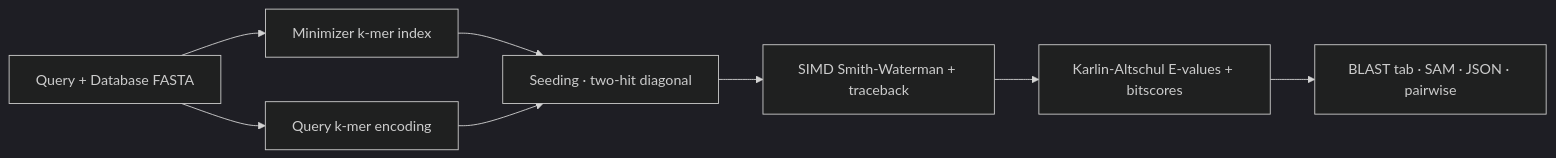
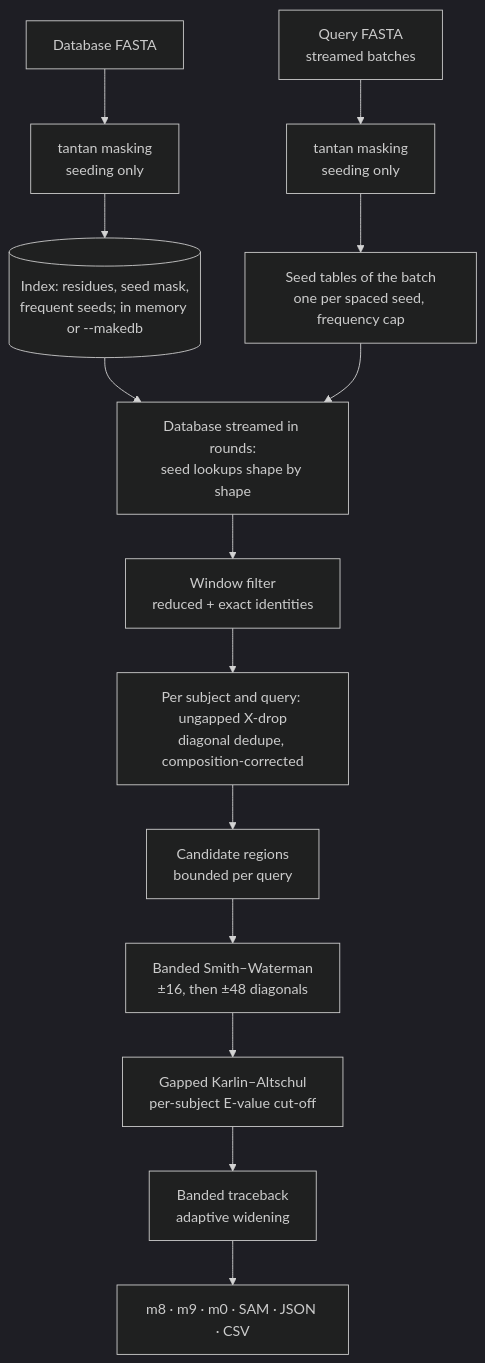
Before and after one commit to raw-lab/saber: the diagram in README.md, drawn with Mermaid (dark theme). The commit also changed other lines of this file and 577 other files, not shown here.

````diff
--- a/README.md
+++ b/README.md
@@ -112,10 +244,16 @@
 ```mermaid
-flowchart LR
-    A[Query + Database FASTA] --> B[Minimizer k-mer index]
-    A --> C[Query k-mer encoding]
-    B --> D[Seeding · two-hit diagonal]
-    C --> D
-    D --> E[SIMD Smith-Waterman + traceback]
-    E --> F[Karlin-Altschul E-values + bitscores]
-    F --> G[BLAST tab · SAM · JSON · pairwise]
+flowchart TB
+    D[Database FASTA] --> DM[tantan masking<br/>seeding only]
+    DM --> IDX[(Index: residues, seed mask,<br/>frequent seeds; in memory or --makedb)]
+    Q[Query FASTA<br/>streamed batches] --> QM[tantan masking<br/>seeding only]
+    QM --> ST[Seed tables of the batch<br/>one per spaced seed, frequency cap]
+    IDX --> SC[Database streamed in rounds:<br/>seed lookups shape by shape]
+    ST --> SC
+    SC --> W[Window filter<br/>reduced + exact identities]
+    W --> U[Per subject and query: ungapped X-drop<br/>diagonal dedupe, composition-corrected]
+    U --> R[Candidate regions<br/>bounded per query]
+    R --> G[Banded Smith–Waterman<br/>±16, then ±48 diagonals]
+    G --> E[Gapped Karlin–Altschul<br/>per-subject E-value cut-off]
+    E --> T[Banded traceback<br/>adaptive widening]
+    T --> O[m8 · m9 · m0 · SAM · JSON · CSV]
 ```
````
